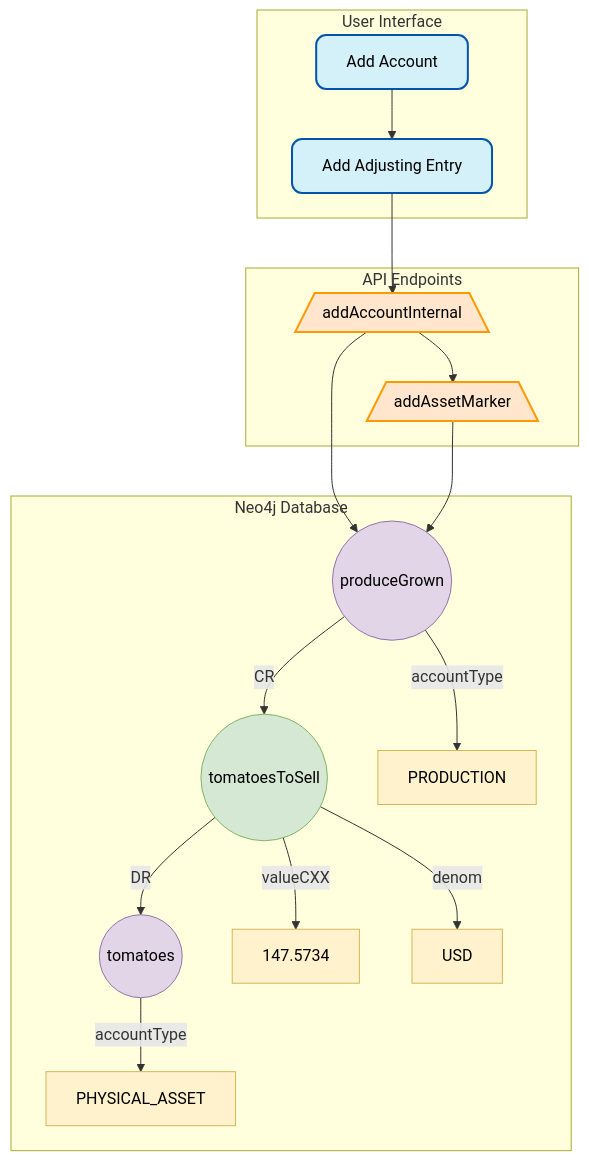
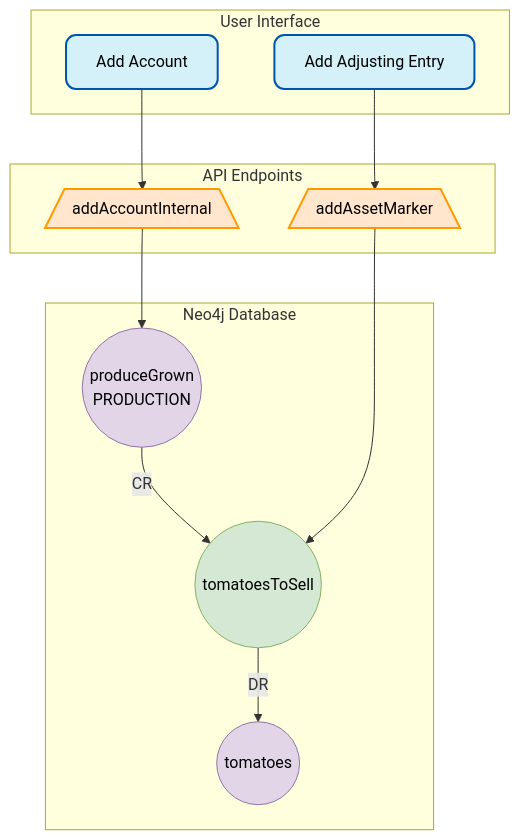
The third of 4 diagrams in projects/workplan/VimbisoMarket.md (Great-Sun-Group/credex-core), drawn with Mermaid before and after one commit. The commit also changed other lines of this file and 1 other file, not shown here.

````diff
--- a/projects/workplan/VimbisoMarket.md
+++ b/projects/workplan/VimbisoMarket.md
@@ -162,51 +234,44 @@
 ```mermaid
 graph TD
     %% Styles
     classDef screen fill:#d4f1f9,stroke:#05a,stroke-width:2px,color:black,rx:10,ry:10
     classDef endpoint fill:#ffe6cc,stroke:#f90,stroke-width:2px,color:black,shape:hexagon
     classDef account fill:#e1d5e7,stroke:#9673a6,stroke-width:1px,color:black,shape:circle
     classDef asset fill:#d5e8d4,stroke:#82b366,stroke-width:1px,color:black,shape:circle
     classDef property fill:#fff2cc,stroke:#d6b656,stroke-width:1px,color:black,shape:rect
-    
+
     %% Group screens
     subgraph UI [User Interface]
-        S1[Add Account] --> S2[Add Adjusting Entry]
+        S1[Add Account]
+        S2[Add Adjusting Entry]
     end
-    
+
     %% Group endpoints
     subgraph API [API Endpoints]
-        E1[/addAccountInternal\] --> E2[/addAssetMarker\]
+        E1[/addAccountInternal\]
+        E2[/addAssetMarker\]
     end
-    
+
     %% Graph Relationships - Neo4j Nodes
     subgraph DB [Neo4j Database]
-        A1((produceGrown))
+        A1((produceGrown<br>PRODUCTION))
         A2((tomatoesToSell))
         A3((tomatoes))
-        
-        %% Properties
-        P1[PRODUCTION]
-        P2[147.5734]
-        P3[USD]
-        P4[PHYSICAL_ASSET]
-        
-        A1 -->|accountType| P1
+
         A1 -->|CR| A2
-        A2 -->|valueCXX| P2
-        A2 -->|denom| P3
         A2 -->|DR| A3
-        A3 -->|accountType| P4
     end
-    
+
     %% Connect UI to API to Database
-    S2 --> E1
+    S1 --> E1
+    S2 --> E2
+    E2 --> A2
     E1 --> A1
-    E2 --> A1
-    
+
     %% Class assignments
     class S1,S2 screen
     class E1,E2 endpoint
     class A1,A3 account
     class A2 asset
     class P1,P2,P3,P4 property
 ```
````
